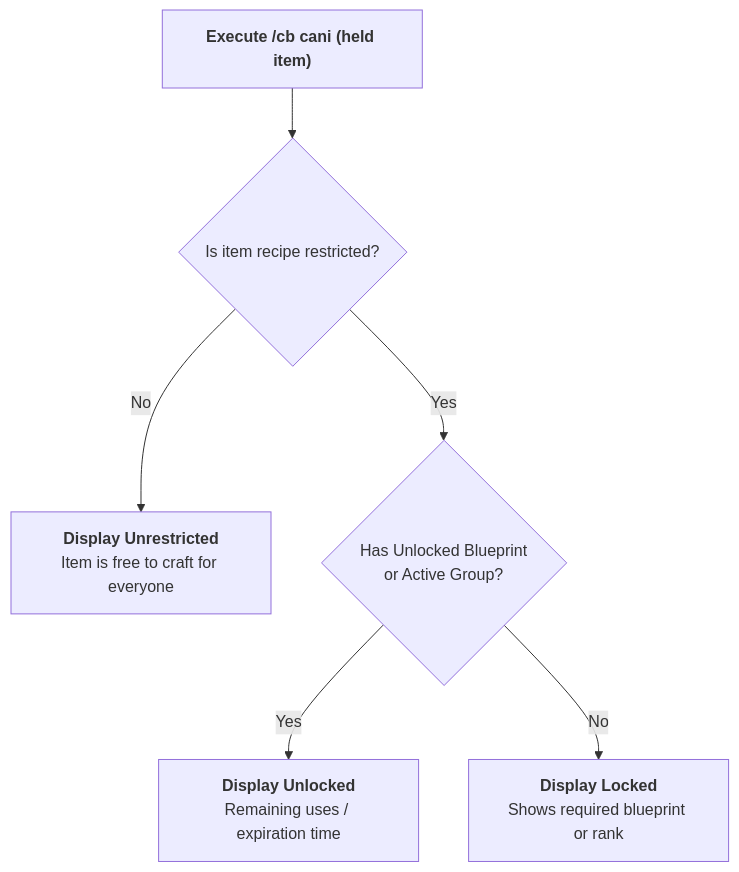
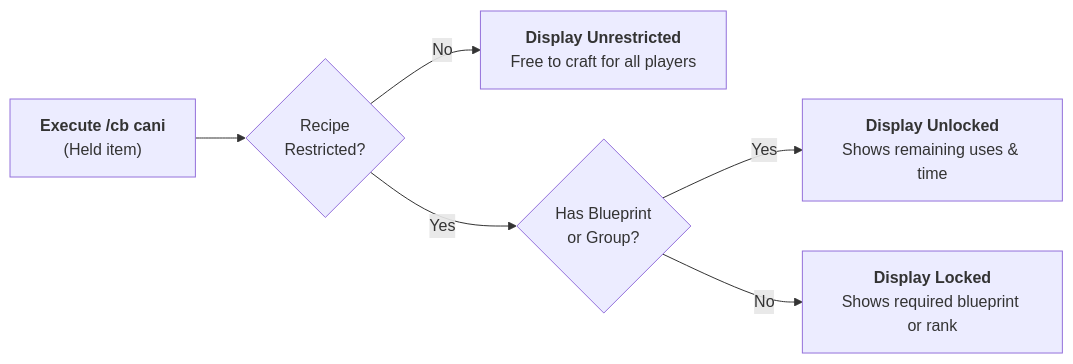
Before and after one commit to XZtotal/CraftingBlueprints-Wiki: the diagram in docs/operations/player-commands.md, drawn with Mermaid. The commit also changed 21 other files, not shown here.

Commit message:
style(docs): widen all remaining vertical diagrams to horizontal pipelines and guarantee shadow-DOM centering

````diff
--- a/docs/operations/player-commands.md
+++ b/docs/operations/player-commands.md
@@ -95,15 +95,8 @@
 ```mermaid
-flowchart TD
-    Exec["<b>Execute /cb cani (held item)</b>"]
-    Check{"Is item recipe restricted?"}
-    Free["<b>Display Unrestricted</b><br/>Item is free to craft for everyone"]
-    BPCheck{"Has Unlocked Blueprint<br/>or Active Group?"}
-    CanCraft["<b>Display Unlocked</b><br/>Remaining uses / expiration time"]
-    Locked["<b>Display Locked</b><br/>Shows required blueprint or rank"]
-
-    Exec --> Check
-    Check -->|No| Free
-    Check -->|Yes| BPCheck
-    BPCheck -->|Yes| CanCraft
-    BPCheck -->|No| Locked
+flowchart LR
+    Exec["<b>Execute /cb cani</b><br/>(Held item)"] --> Check{"Recipe<br/>Restricted?"}
+    Check -->|No| Free["<b>Display Unrestricted</b><br/>Free to craft for all players"]
+    Check -->|Yes| BPCheck{"Has Blueprint<br/>or Group?"}
+    BPCheck -->|Yes| CanCraft["<b>Display Unlocked</b><br/>Shows remaining uses &amp; time"]
+    BPCheck -->|No| Locked["<b>Display Locked</b><br/>Shows required blueprint or rank"]
 ```
````
